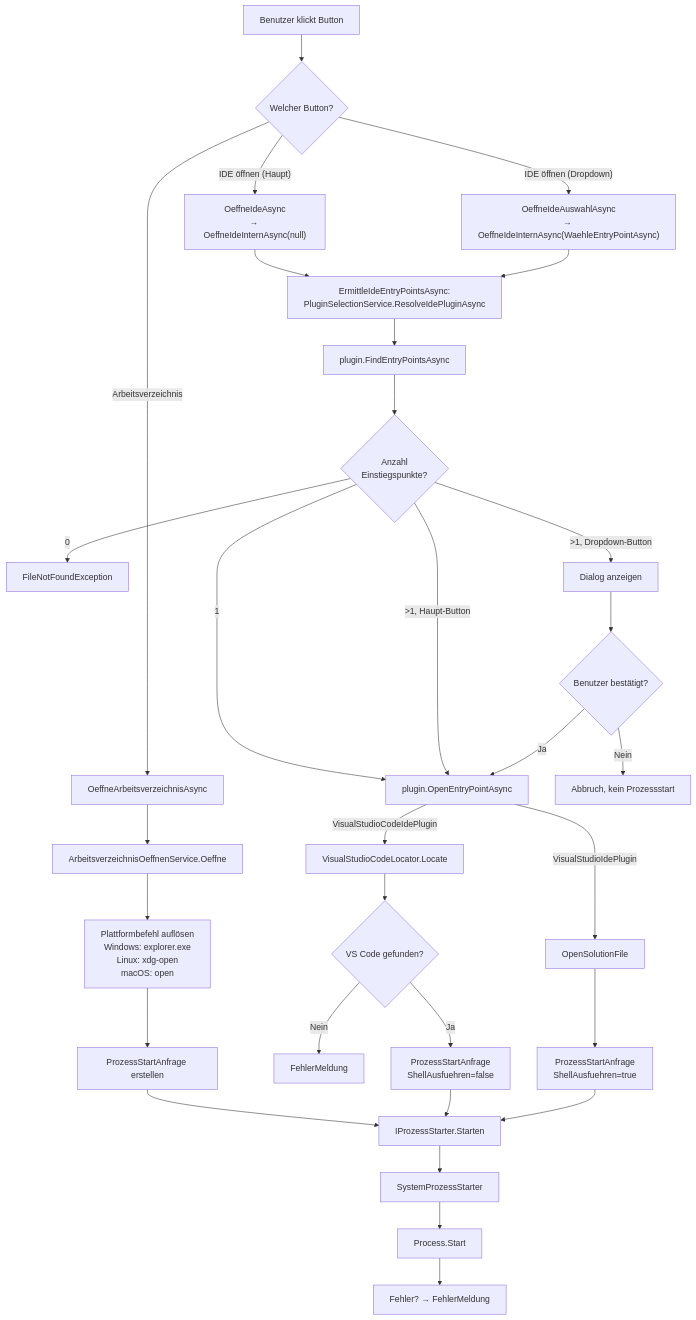
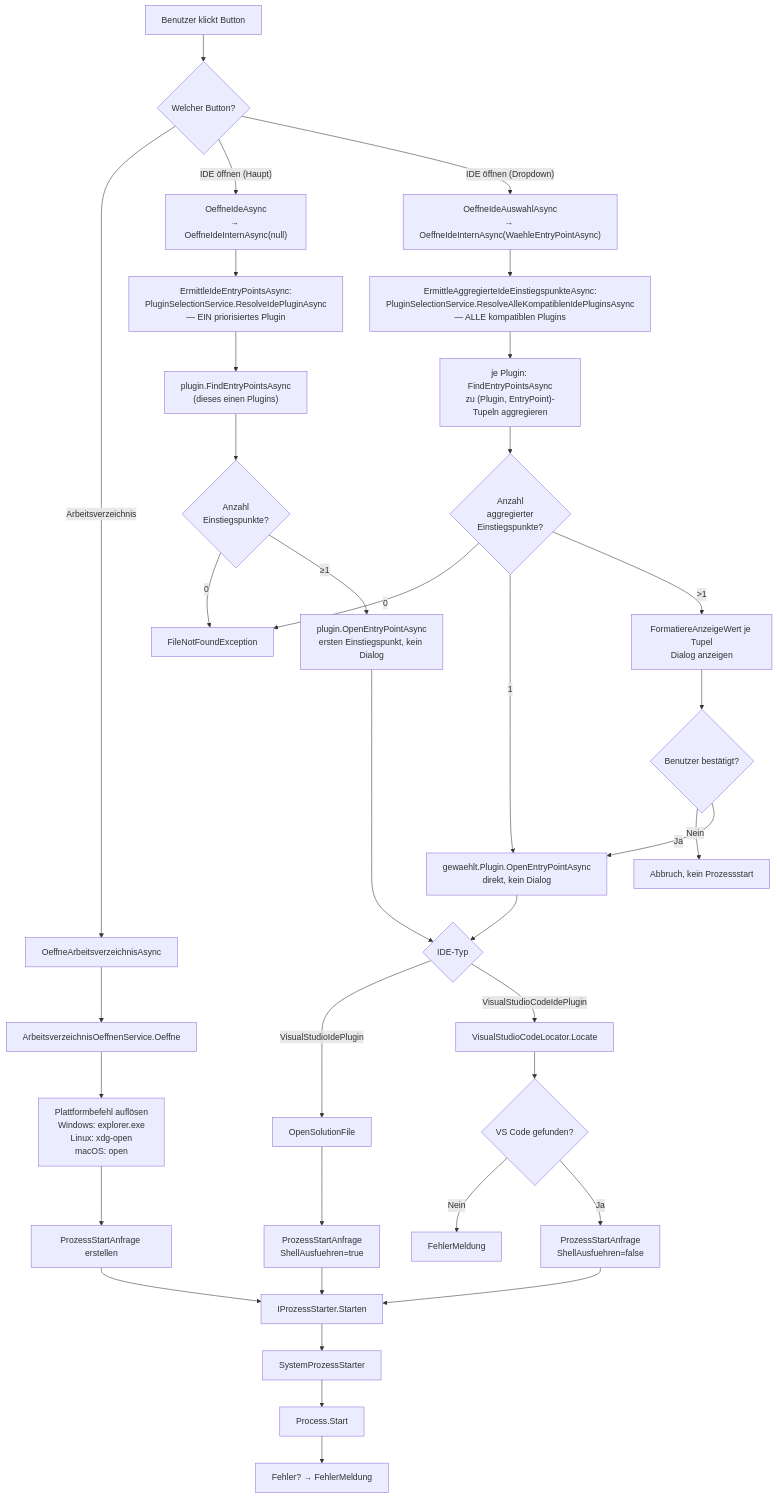
Before and after one commit to martin-stromberg/Softwareschmiede: the diagram in docs/help/dateisystem-integration/ablauf-technisch.md, drawn with Mermaid. The commit also changed other lines of this file and 17 other files, not shown here.

````diff
--- a/docs/help/dateisystem-integration/ablauf-technisch.md
+++ b/docs/help/dateisystem-integration/ablauf-technisch.md
@@ -131,35 +149,42 @@
 ```mermaid
 flowchart TD
     A["Benutzer klickt Button"] --> B{"Welcher Button?"}
     B -->|Arbeitsverzeichnis| C["OeffneArbeitsverzeichnisAsync"]
     B -->|"IDE öffnen (Haupt)"| D["OeffneIdeAsync<br/>→ OeffneIdeInternAsync(null)"]
     B -->|"IDE öffnen (Dropdown)"| D2["OeffneIdeAuswahlAsync<br/>→ OeffneIdeInternAsync(WaehleEntryPointAsync)"]
 
     C --> E["ArbeitsverzeichnisOeffnenService.Oeffne"]
     E --> F["Plattformbefehl auflösen<br/>Windows: explorer.exe<br/>Linux: xdg-open<br/>macOS: open"]
     F --> G["ProzessStartAnfrage erstellen"]
     G --> H["IProzessStarter.Starten"]
     H --> I["SystemProzessStarter"]
     I --> J["Process.Start"]
     J --> K["Fehler? → FehlerMeldung"]
 
-    D --> L["ErmittleIdeEntryPointsAsync:<br/>PluginSelectionService.ResolveIdePluginAsync"]
-    D2 --> L
-    L --> L2["plugin.FindEntryPointsAsync"]
+    D --> L["ErmittleIdeEntryPointsAsync:<br/>PluginSelectionService.ResolveIdePluginAsync<br/>— EIN priorisiertes Plugin"]
+    L --> L2["plugin.FindEntryPointsAsync<br/>(dieses einen Plugins)"]
     L2 --> M{"Anzahl<br/>Einstiegspunkte?"}
     M -->|0| M0["FileNotFoundException"]
-    M -->|1| Z["plugin.OpenEntryPointAsync"]
-    M -->|">1, Haupt-Button"| Z
-    M -->|">1, Dropdown-Button"| P["Dialog anzeigen"]
+    M -->|"≥1"| Z["plugin.OpenEntryPointAsync<br/>ersten Einstiegspunkt, kein Dialog"]
+
+    D2 --> L3["ErmittleAggregierteIdeEinstiegspunkteAsync:<br/>PluginSelectionService.ResolveAlleKompatiblenIdePluginsAsync<br/>— ALLE kompatiblen Plugins"]
+    L3 --> L4["je Plugin: FindEntryPointsAsync<br/>zu (Plugin, EntryPoint)-Tupeln aggregieren"]
+    L4 --> M2{"Anzahl<br/>aggregierter<br/>Einstiegspunkte?"}
+    M2 -->|0| M0
+    M2 -->|1| Z2["gewaehlt.Plugin.OpenEntryPointAsync<br/>direkt, kein Dialog"]
+    M2 -->|">1"| P["FormatiereAnzeigeWert je Tupel<br/>Dialog anzeigen"]
     P --> Q{"Benutzer bestätigt?"}
     Q -->|Nein| R["Abbruch, kein Prozessstart"]
-    Q -->|Ja| Z
-    Z -->|VisualStudioIdePlugin| S["OpenSolutionFile"]
-    Z -->|VisualStudioCodeIdePlugin| V["VisualStudioCodeLocator.Locate"]
+    Q -->|Ja| Z2
+
+    Z --> R2{"IDE-Typ"}
+    Z2 --> R2
+    R2 -->|VisualStudioIdePlugin| S["OpenSolutionFile"]
+    R2 -->|VisualStudioCodeIdePlugin| V["VisualStudioCodeLocator.Locate"]
     V --> W{"VS Code gefunden?"}
     W -->|Nein| X["FehlerMeldung"]
     W -->|Ja| Y["ProzessStartAnfrage<br/>ShellAusfuehren=false"]
     Y --> H
     S --> T["ProzessStartAnfrage<br/>ShellAusfuehren=true"]
     T --> H
 ```
````
